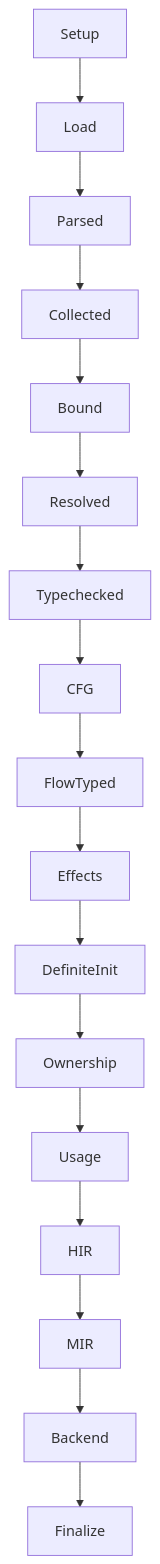
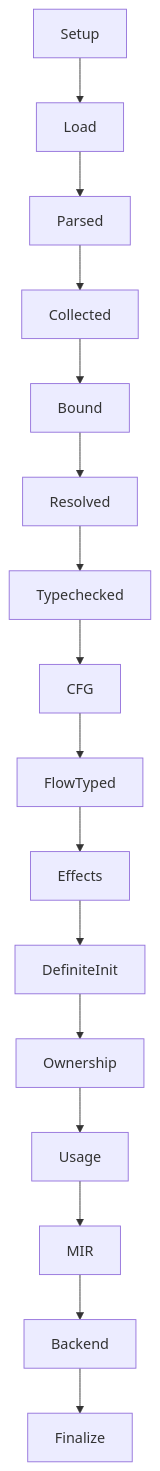
One commit to PeeperLanguage/compiler changed the fourth of 8 diagrams in Code-tour.md. Above: the diagram before and after it, drawn with Mermaid. The commit also changed other lines of this file and 54 other files, not shown here.

````diff
--- a/Code-tour.md
+++ b/Code-tour.md
@@ -129,7 +129,7 @@
 ```mermaid
 flowchart TD
     Setup --> Load --> Parsed --> Collected --> Bound --> Resolved
     Resolved --> Typechecked --> CFG --> FlowTyped
     FlowTyped --> Effects --> DefiniteInit --> Ownership --> Usage
-    Usage --> HIR --> MIR --> Backend --> Finalize
+    Usage --> MIR --> Backend --> Finalize
 ```
````
